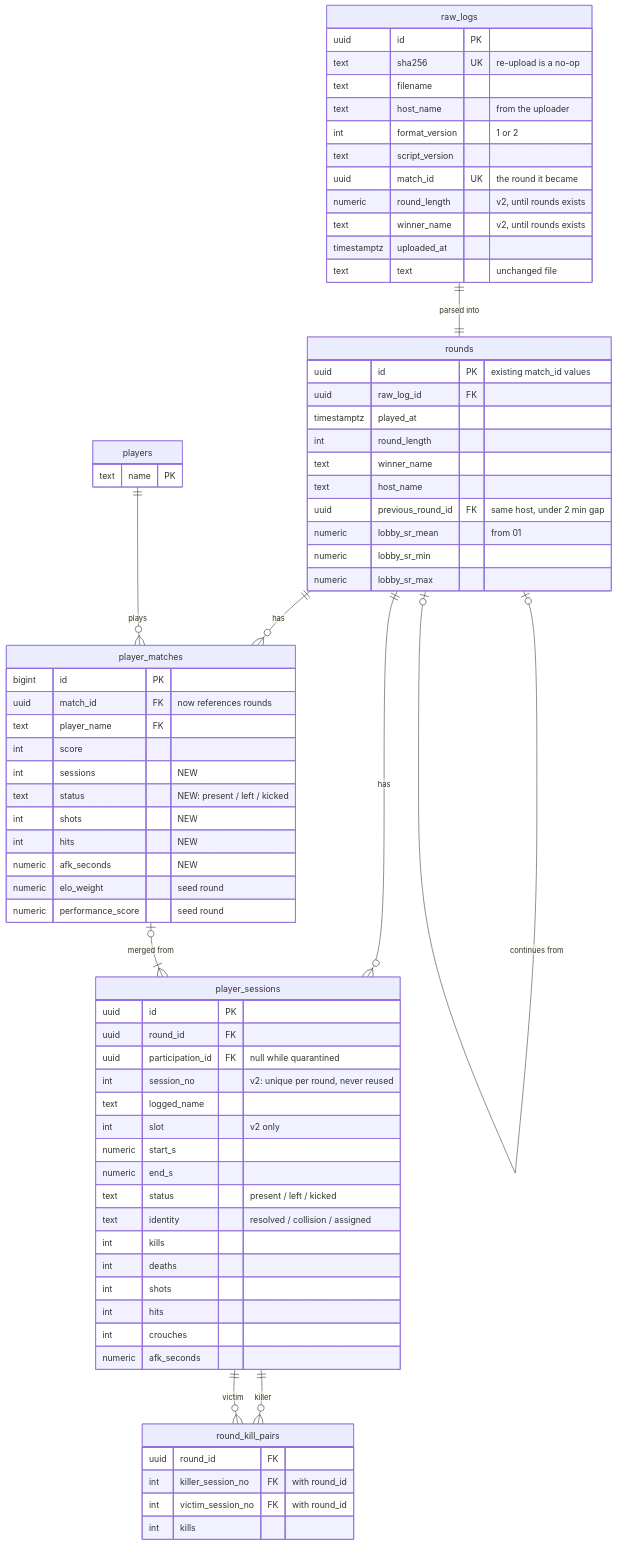
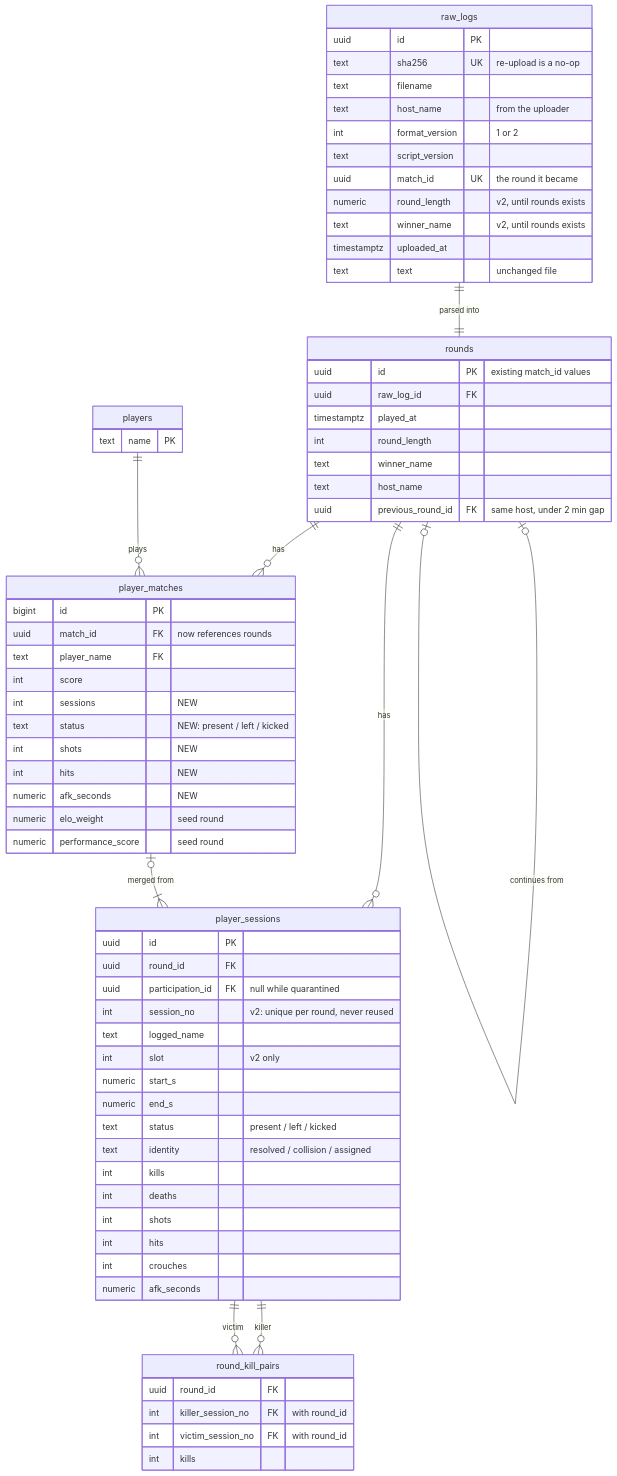
The first of 2 diagrams in docs/schema.md (jh1909/widowhs), drawn with Mermaid before and after one commit. The commit also changed other lines of this file and 2 other files, not shown here.

````diff
--- a/docs/schema.md
+++ b/docs/schema.md
@@ -13,77 +13,74 @@
 ```mermaid
 erDiagram
   raw_logs ||--|| rounds : "parsed into"
   rounds |o--o| rounds : "continues from"
   rounds ||--o{ player_sessions : "has"
   rounds ||--o{ player_matches : "has"
   player_matches |o--|{ player_sessions : "merged from"
   player_sessions ||--o{ round_kill_pairs : "killer"
   player_sessions ||--o{ round_kill_pairs : "victim"
   players ||--o{ player_matches : "plays"
 
   raw_logs {
     uuid id PK
     text sha256 UK "re-upload is a no-op"
     text filename
     text host_name "from the uploader"
     int format_version "1 or 2"
     text script_version
     uuid match_id UK "the round it became"
     numeric round_length "v2, until rounds exists"
     text winner_name "v2, until rounds exists"
     timestamptz uploaded_at
     text text "unchanged file"
   }
   rounds {
     uuid id PK "existing match_id values"
     uuid raw_log_id FK
     timestamptz played_at
     int round_length
     text winner_name
     text host_name
     uuid previous_round_id FK "same host, under 2 min gap"
-    numeric lobby_sr_mean "from 01"
-    numeric lobby_sr_min
-    numeric lobby_sr_max
   }
   player_sessions {
     uuid id PK
     uuid round_id FK
     uuid participation_id FK "null while quarantined"
     int session_no "v2: unique per round, never reused"
     text logged_name
     int slot "v2 only"
     numeric start_s
     numeric end_s
     text status "present / left / kicked"
     text identity "resolved / collision / assigned"
     int kills
     int deaths
     int shots
     int hits
     int crouches
     numeric afk_seconds
   }
   player_matches {
     bigint id PK
     uuid match_id FK "now references rounds"
     text player_name FK
     int score
     int sessions "NEW"
     text status "NEW: present / left / kicked"
     int shots "NEW"
     int hits "NEW"
     numeric afk_seconds "NEW"
     numeric elo_weight "seed round"
     numeric performance_score "seed round"
   }
   round_kill_pairs {
     uuid round_id FK
     int killer_session_no FK "with round_id"
     int victim_session_no FK "with round_id"
     int kills
   }
   players {
     text name PK
   }
 ```
````
